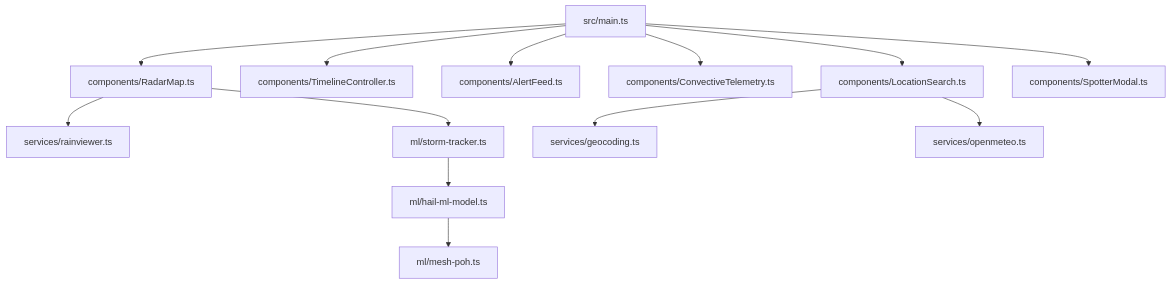
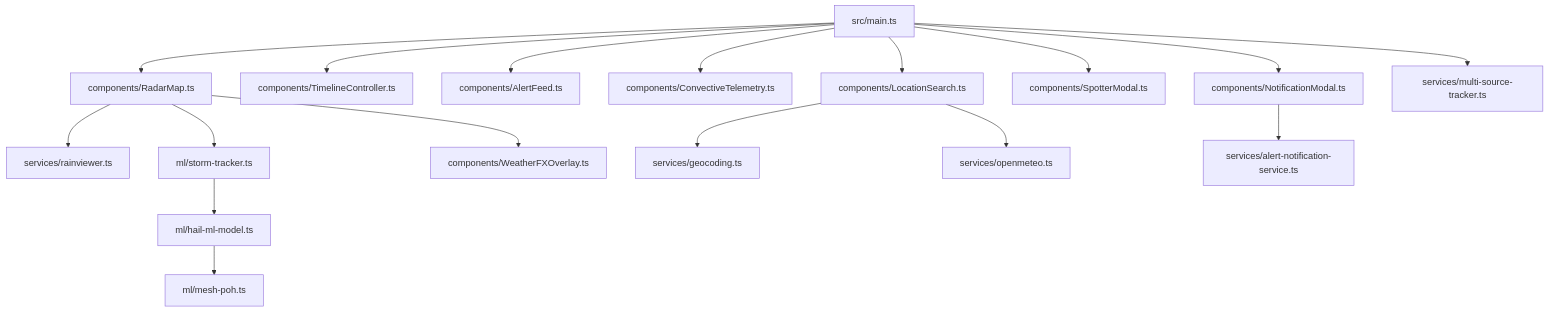
One commit to FrancescoCastaldi/hailcast-ml changed the diagram in codemap.md. Above: the diagram before and after it, drawn with Mermaid. The commit also changed other lines of this file and 2 other files, not shown here.

````diff
--- a/codemap.md
+++ b/codemap.md
@@ -61,18 +69,23 @@
 ```mermaid
 graph TD
     App[src/main.ts] --> RadarMap[components/RadarMap.ts]
     App --> Timeline[components/TimelineController.ts]
     App --> AlertFeed[components/AlertFeed.ts]
     App --> Telemetry[components/ConvectiveTelemetry.ts]
     App --> LocSearch[components/LocationSearch.ts]
     App --> Spotter[components/SpotterModal.ts]
+    App --> Notification[components/NotificationModal.ts]
 
     RadarMap --> RainViewer[services/rainviewer.ts]
     RadarMap --> StormTracker[ml/storm-tracker.ts]
+    RadarMap --> WeatherFX[components/WeatherFXOverlay.ts]
     
     StormTracker --> HailML[ml/hail-ml-model.ts]
     HailML --> MeshPoh[ml/mesh-poh.ts]
     
     LocSearch --> Geocoding[services/geocoding.ts]
     LocSearch --> OpenMeteo[services/openmeteo.ts]
+
+    Notification --> AlertService[services/alert-notification-service.ts]
+    App --> MultiSource[services/multi-source-tracker.ts]
 ```
````
